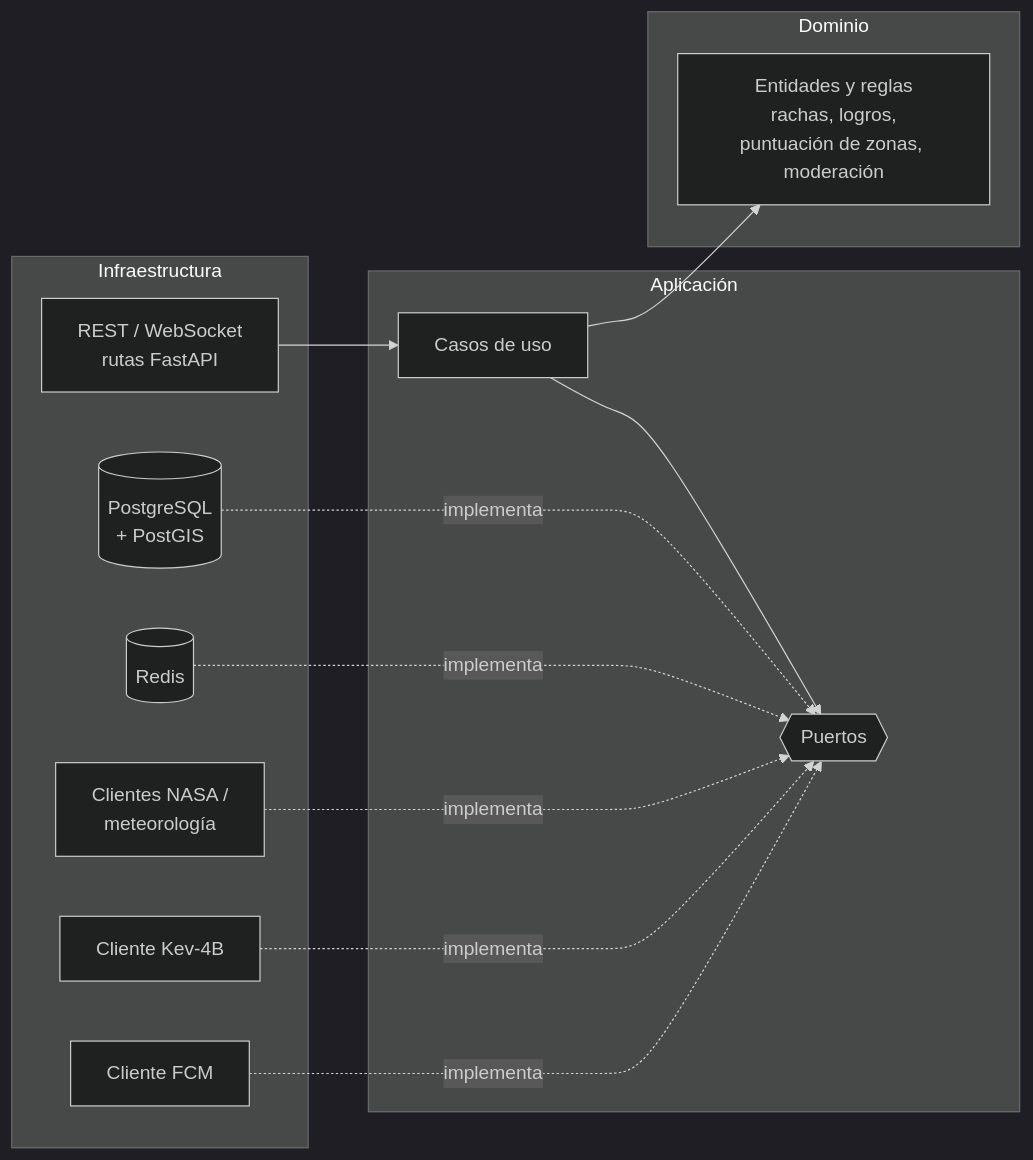
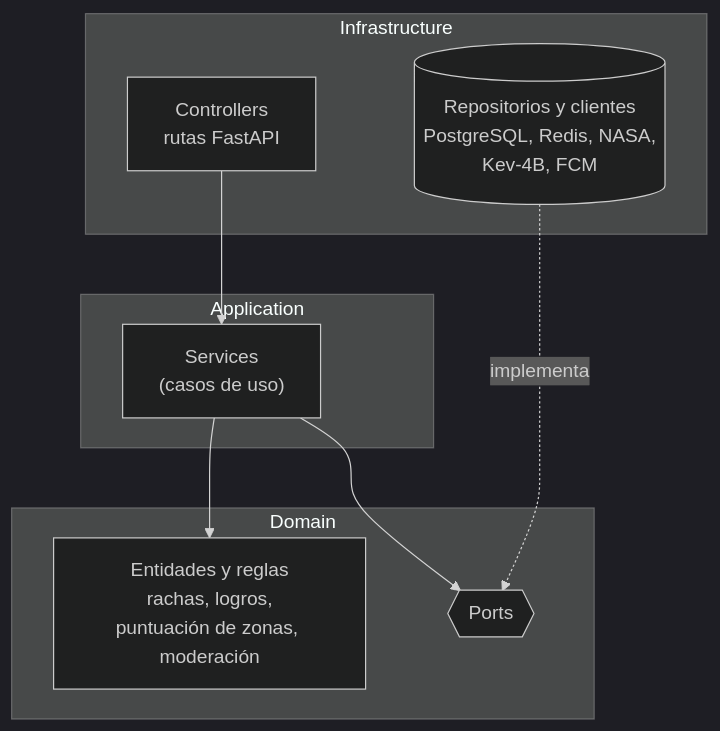
The diagram in backend/README.es.md (pes2627q1-21-gei-upc/perseida), drawn with Mermaid (dark theme) before and after one commit. The commit also changed other lines of this file and 2 other files, not shown here.

````diff
--- a/backend/README.es.md
+++ b/backend/README.es.md
@@ -37,25 +37,18 @@
 ```mermaid
-flowchart LR
-    subgraph Infraestructura
-        API[REST / WebSocket<br/>rutas FastAPI]
-        DB[(PostgreSQL<br/>+ PostGIS)]
-        RC[(Redis)]
-        EXT[Clientes NASA /<br/>meteorología]
-        MOD[Cliente Kev-4B]
-        FCM[Cliente FCM]
+flowchart TB
+    subgraph Infrastructure
+        CTRL[Controllers<br/>rutas FastAPI]
+        REPO[(Repositorios y clientes<br/>PostgreSQL, Redis, NASA,<br/>Kev-4B, FCM)]
     end
-    subgraph Aplicación
-        UC[Casos de uso]
-        PORTS{{Puertos}}
+    subgraph Application
+        SVC["Services<br/>(casos de uso)"]
     end
-    subgraph Dominio
-        DOM[Entidades y reglas<br/>rachas, logros,<br/>puntuación de zonas, moderación]
+    subgraph Domain
+        ENT[Entidades y reglas<br/>rachas, logros,<br/>puntuación de zonas, moderación]
+        PORTS{{Ports}}
     end
-    API --> UC --> DOM
-    UC --> PORTS
-    DB -.implementa.-> PORTS
-    RC -.implementa.-> PORTS
-    EXT -.implementa.-> PORTS
-    MOD -.implementa.-> PORTS
-    FCM -.implementa.-> PORTS
+    CTRL --> SVC
+    SVC --> ENT
+    SVC --> PORTS
+    REPO -.implementa.-> PORTS
 ```
````
